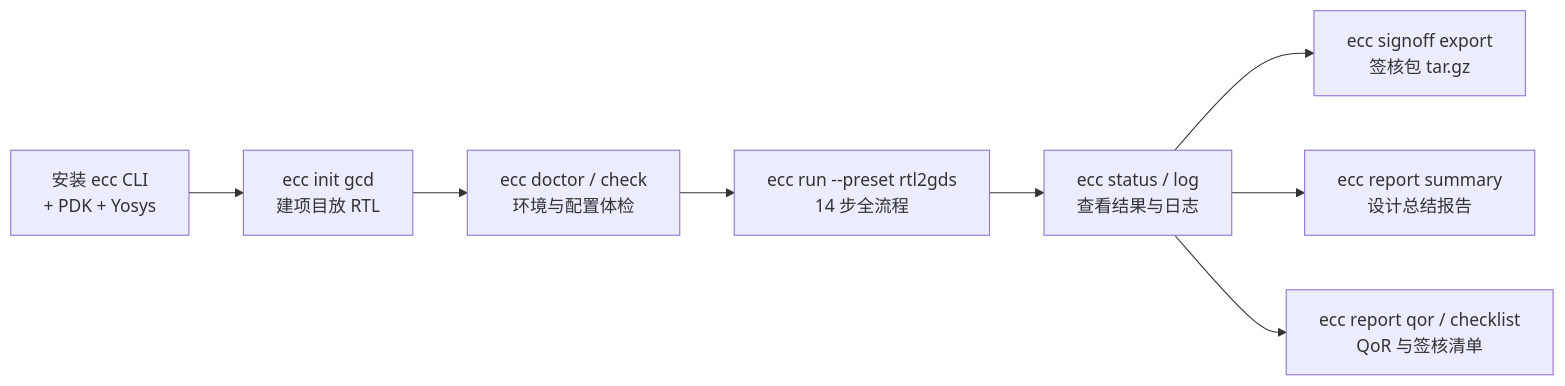
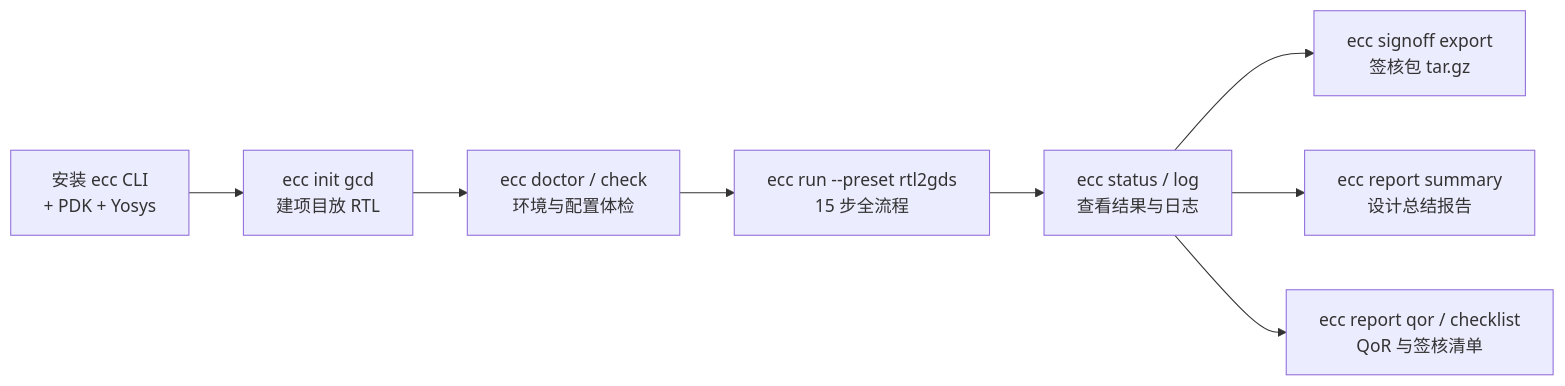
One commit to openecos-projects/ecc changed the first of 2 diagrams in docs/ecc-cli-tutorial.cn.md. Above: the diagram before and after it, drawn with Mermaid. The commit also changed other lines of this file and 18 other files, not shown here.

Commit message:
feat(flow): run synthesis LEC before physical flow

````diff
--- a/docs/ecc-cli-tutorial.cn.md
+++ b/docs/ecc-cli-tutorial.cn.md
@@ -15,10 +15,10 @@
 ```mermaid
 graph LR
     A[安装 ecc CLI<br/>+ PDK + Yosys] --> B[ecc init gcd<br/>建项目放 RTL]
     B --> C[ecc doctor / check<br/>环境与配置体检]
-    C --> D[ecc run --preset rtl2gds<br/>14 步全流程]
+    C --> D[ecc run --preset rtl2gds<br/>15 步全流程]
     D --> E[ecc status / log<br/>查看结果与日志]
     E --> F[ecc signoff export<br/>签核包 tar.gz]
     E --> G[ecc report summary<br/>设计总结报告]
     E --> H[ecc report qor / checklist<br/>QoR 与签核清单]
 ```
````
